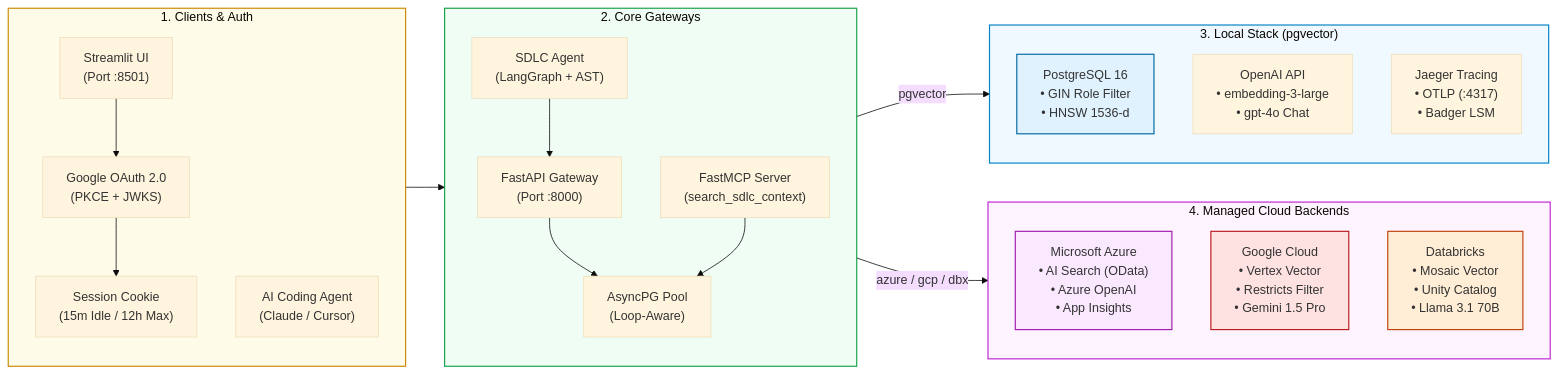
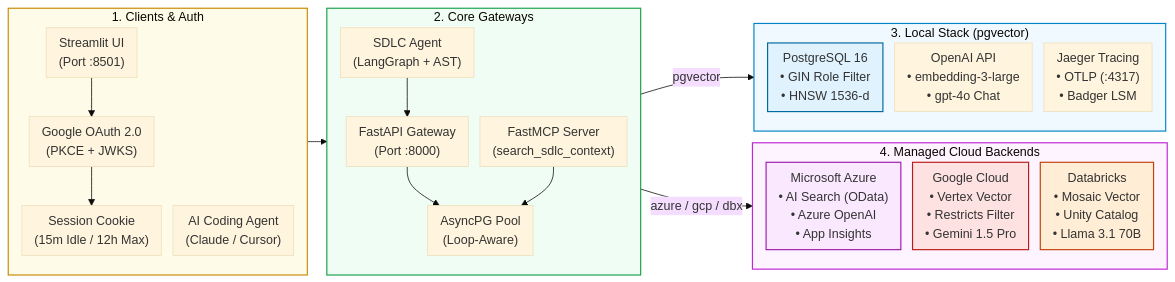
The second of 9 diagrams in README.md (Kenono2000/enterprise-rag-pgvector-rbac), drawn with Mermaid (base theme) before and after one commit. The commit also changed other lines of this file, not shown here.

````diff
--- a/README.md
+++ b/README.md
@@ -136,50 +75,38 @@
 ```mermaid
+%%{init: {'flowchart': {'nodeSpacing': 15, 'rankSpacing': 25, 'padding': 8}}}%%
 flowchart LR
     subgraph Clients ["1. Clients & Auth"]
         direction TB
-        browser["Streamlit UI<br/>(Port :8501)"]
+        browser["Streamlit UI<br/>(Port :8501)"] --> google["Google OAuth 2.0<br/>(PKCE + JWKS)"] --> cookie["Session Cookie<br/>(15m Idle / 12h Max)"]
         mcp_client["AI Coding Agent<br/>(Claude / Cursor)"]
-        google["Google OAuth 2.0<br/>(PKCE + JWKS)"]
-        cookie["Session Cookie<br/>(15m Idle / 12h Max)"]
-        browser --> google
-        google --> cookie
     end
-
     subgraph Gateways ["2. Core Gateways"]
         direction TB
-        api["FastAPI Gateway<br/>(Port :8000)"]
-        mcp_gw["FastMCP Server<br/>(search_sdlc_context)"]
-        agent["SDLC Agent<br/>(LangGraph + AST)"]
-        pool["AsyncPG Pool<br/>(Loop-Aware)"]
-        api --> pool
-        mcp_gw --> pool
-        agent --> api
+        api["FastAPI Gateway<br/>(Port :8000)"] --> pool["AsyncPG Pool<br/>(Loop-Aware)"]
+        mcp_gw["FastMCP Server<br/>(search_sdlc_context)"] --> pool
+        agent["SDLC Agent<br/>(LangGraph + AST)"] --> api
     end
-
     subgraph LocalEnv ["3. Local Stack (pgvector)"]
         direction TB
         local_db["PostgreSQL 16<br/>• GIN Role Filter<br/>• HNSW 1536-d"]
         openai_api["OpenAI API<br/>• embedding-3-large<br/>• gpt-4o Chat"]
         jaeger["Jaeger Tracing<br/>• OTLP (:4317)<br/>• Badger LSM"]
     end
-
     subgraph CloudEnv ["4. Managed Cloud Backends"]
         direction TB
         azure_env["Microsoft Azure<br/>• AI Search (OData)<br/>• Azure OpenAI<br/>• App Insights"]
         gcp_env["Google Cloud<br/>• Vertex Vector<br/>• Restricts Filter<br/>• Gemini 1.5 Pro"]
         dbx_env["Databricks<br/>• Mosaic Vector<br/>• Unity Catalog<br/>• Llama 3.1 70B"]
     end
-
     Clients --> Gateways
     Gateways -->|pgvector| LocalEnv
     Gateways -->|azure / gcp / dbx| CloudEnv
-
     style Clients fill:#fefce8,stroke:#ca8a04,stroke-width:1.5px
     style Gateways fill:#f0fdf4,stroke:#16a34a,stroke-width:1.5px
     style LocalEnv fill:#f0f9ff,stroke:#0284c7,stroke-width:1.5px
     style CloudEnv fill:#fdf4ff,stroke:#c026d3,stroke-width:1.5px
     style local_db fill:#e0f2fe,stroke:#0369a1,stroke-width:1.5px
     style azure_env fill:#fae8ff,stroke:#a21caf,stroke-width:1.5px
     style gcp_env fill:#fee2e2,stroke:#b91c1c,stroke-width:1.5px
     style dbx_env fill:#ffedd5,stroke:#c2410c,stroke-width:1.5px
 ```
````
